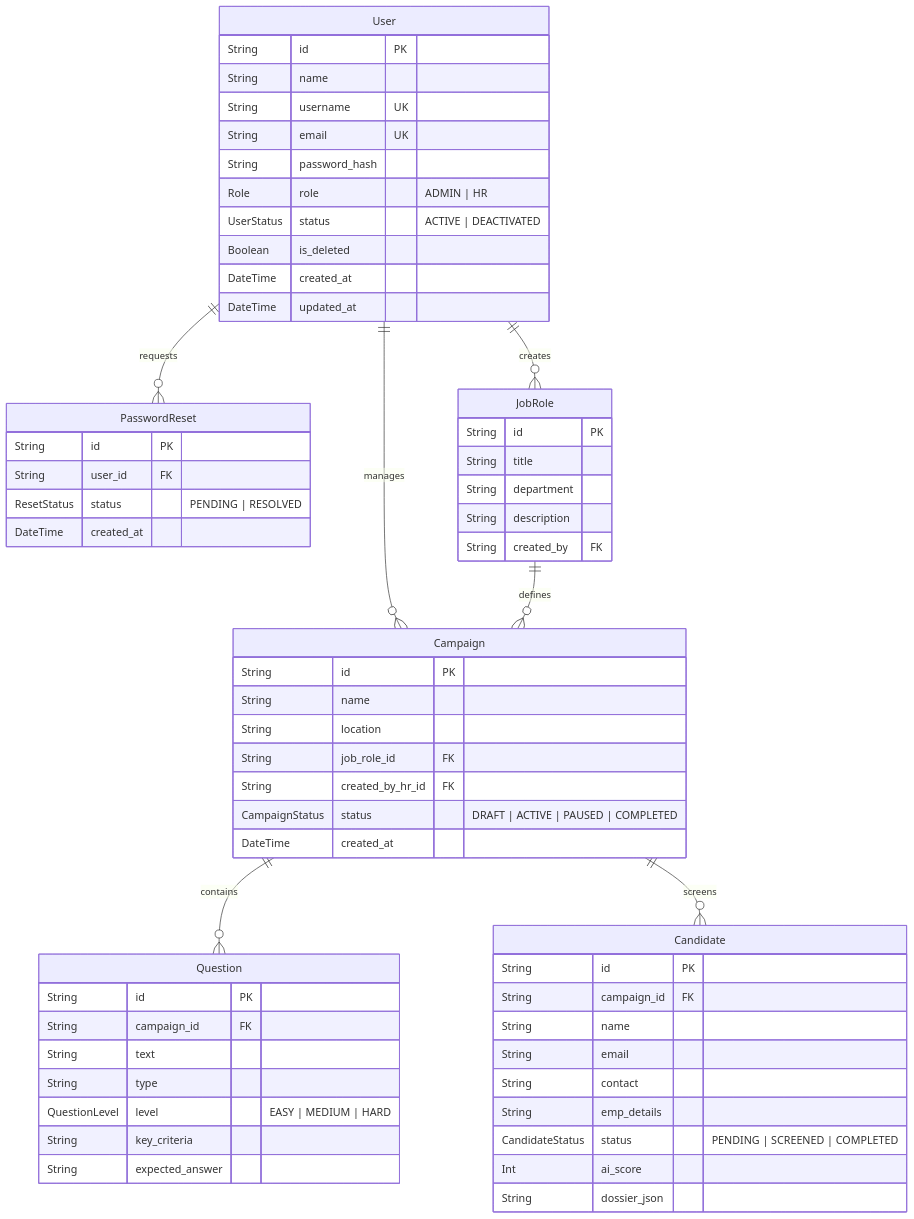
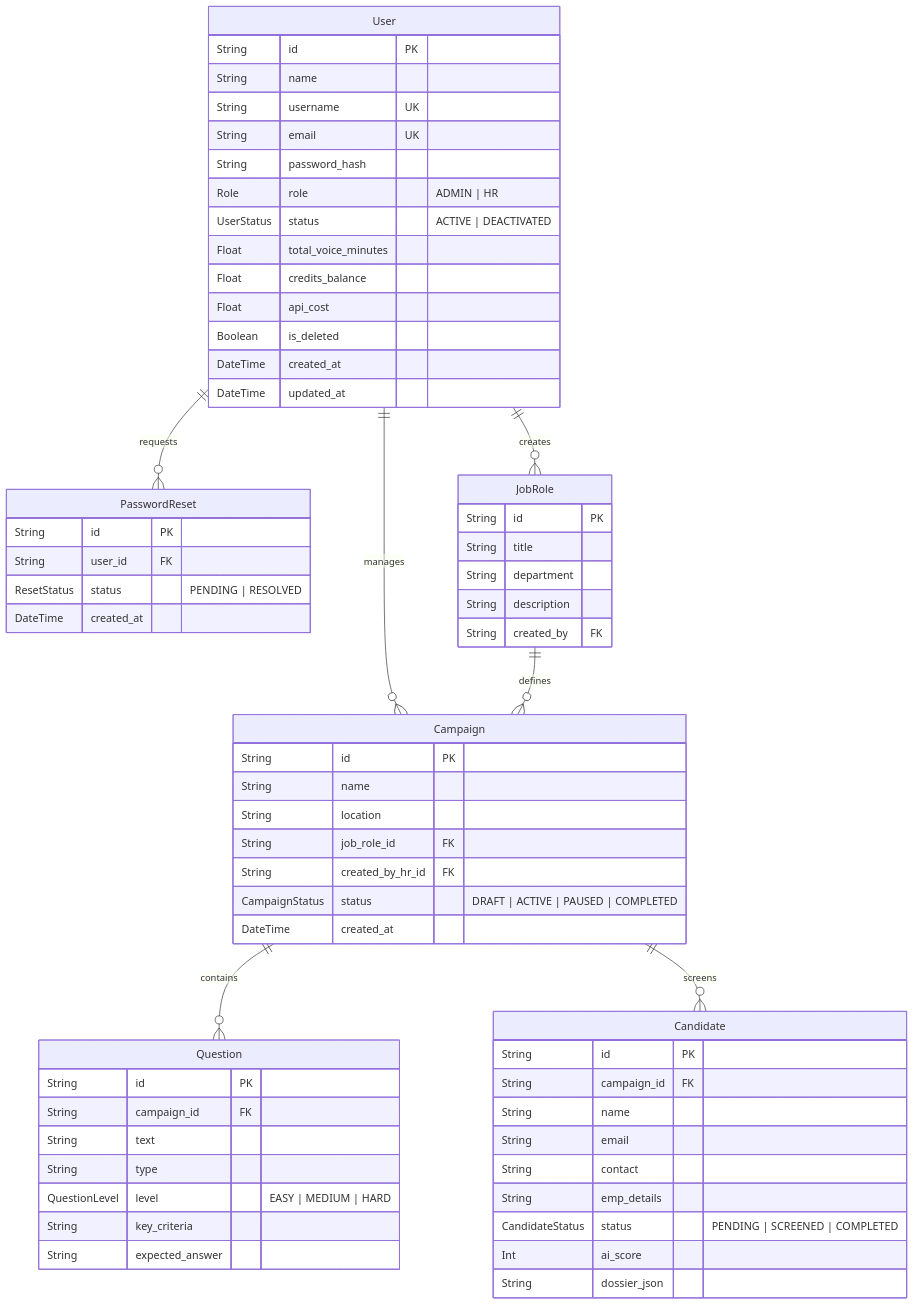
The second of 4 diagrams in PROJECT_DOCUMENTATION.md (TusharDayma/MERN_AI_CALLING), drawn with Mermaid before and after one commit. The commit also changed other lines of this file and 52 other files, not shown here.

````diff
--- a/PROJECT_DOCUMENTATION.md
+++ b/PROJECT_DOCUMENTATION.md
@@ -80,69 +80,72 @@
 ```mermaid
 erDiagram
     User ||--o{ PasswordReset : requests
     User ||--o{ JobRole : creates
     User ||--o{ Campaign : manages
     JobRole ||--o{ Campaign : defines
     Campaign ||--o{ Question : contains
     Campaign ||--o{ Candidate : screens
 
     User {
         String id PK
         String name
         String username UK
         String email UK
         String password_hash
         Role role "ADMIN | HR"
         UserStatus status "ACTIVE | DEACTIVATED"
+        Float total_voice_minutes
+        Float credits_balance
+        Float api_cost
         Boolean is_deleted
         DateTime created_at
         DateTime updated_at
     }
 
     PasswordReset {
         String id PK
         String user_id FK
         ResetStatus status "PENDING | RESOLVED"
         DateTime created_at
     }
 
     JobRole {
         String id PK
         String title
         String department
         String description
         String created_by FK
     }
 
     Campaign {
         String id PK
         String name
         String location
         String job_role_id FK
         String created_by_hr_id FK
         CampaignStatus status "DRAFT | ACTIVE | PAUSED | COMPLETED"
         DateTime created_at
     }
 
     Question {
         String id PK
         String campaign_id FK
         String text
         String type
         QuestionLevel level "EASY | MEDIUM | HARD"
         String key_criteria
         String expected_answer
     }
 
     Candidate {
         String id PK
         String campaign_id FK
         String name
         String email
         String contact
         String emp_details
         CandidateStatus status "PENDING | SCREENED | COMPLETED"
         Int ai_score
         String dossier_json
     }
 ```
````
